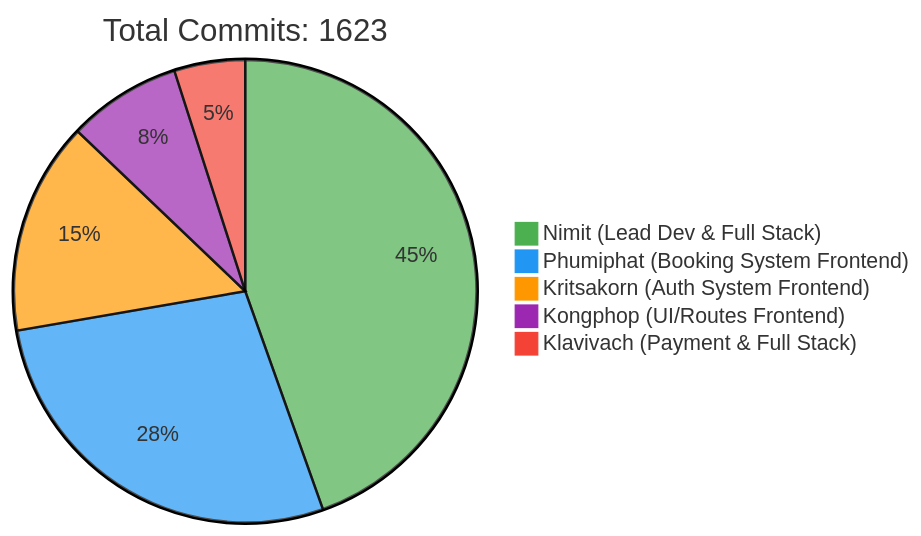
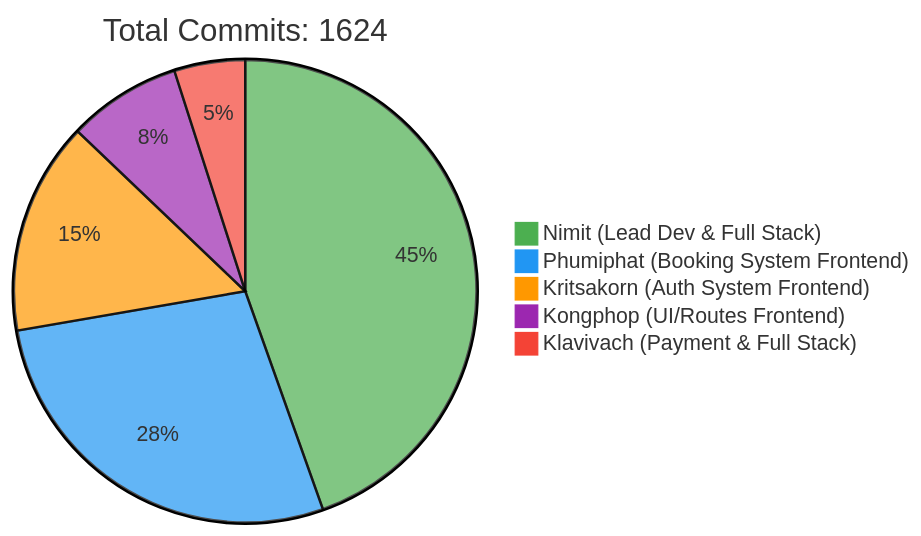
Before and after one commit to 6531503042/Sport-Complex: the first of 2 diagrams in README.md, drawn with Mermaid. The commit also changed other lines of this file, not shown here.

Commit message:
docs: Update contributor statistics [skip ci]

````diff
--- a/README.md
+++ b/README.md
@@ -257,10 +257,10 @@
 ```mermaid
 %%{init: {'theme': 'base', 'themeVariables': { 'pie1': '#4CAF50', 'pie2': '#2196F3', 'pie3': '#FF9800', 'pie4': '#9C27B0', 'pie5': '#F44336'}}}%%
 pie
-    title Total Commits: 1623
+    title Total Commits: 1624
     "Nimit (Lead Dev & Full Stack)" : 450
     "Phumiphat (Booking System Frontend)" : 280
     "Kritsakorn (Auth System Frontend)" : 150
     "Kongphop (UI/Routes Frontend)" : 80
     "Klavivach (Payment & Full Stack)" : 50
 ```
````
